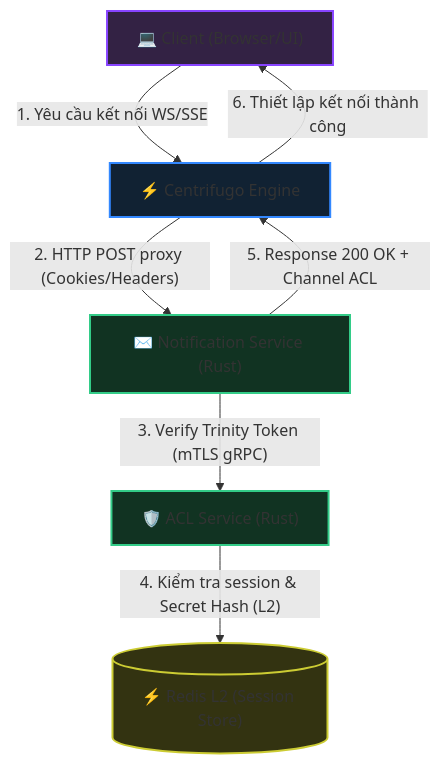
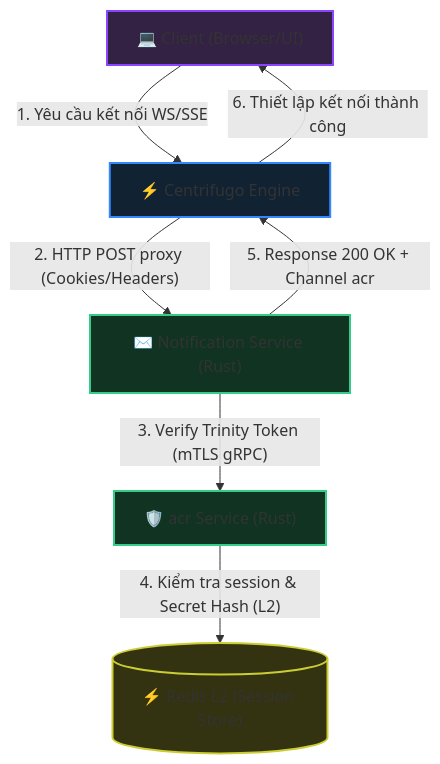
The first of 2 diagrams in god_view/notification/centrifugo_auth_god_view_workflow.md (phucle996/aurora), drawn with Mermaid before and after one commit. The commit also changed other lines of this file and 72 other files, not shown here.

Commit message:
refactor: remove policy engine and modularize session management service

````diff
--- a/god_view/notification/centrifugo_auth_god_view_workflow.md
+++ b/god_view/notification/centrifugo_auth_god_view_workflow.md
@@ -33,20 +33,20 @@
 ```mermaid
 graph TD
     classDef client fill:#332244,stroke:#8844ff,stroke-width:2px;
     classDef gateway fill:#112233,stroke:#3388ff,stroke-width:2px;
     classDef edgeService fill:#113322,stroke:#33cc88,stroke-width:2px;
     classDef storage fill:#333311,stroke:#cccc33,stroke-width:2px;
 
     Client["💻 Client (Browser/UI)"]:::client
     Centrifugo["⚡ Centrifugo Engine"]:::gateway
     Notification["✉️ Notification Service (Rust)"]:::edgeService
-    ACL["🛡️ ACL Service (Rust)"]:::edgeService
+    acr["🛡️ acr Service (Rust)"]:::edgeService
     Redis[("⚡ Redis L2 (Session Store)")]:::storage
 
     Client -- "1. Yêu cầu kết nối WS/SSE" --> Centrifugo
     Centrifugo -- "2. HTTP POST proxy (Cookies/Headers)" --> Notification
-    Notification -- "3. Verify Trinity Token (mTLS gRPC)" --> ACL
-    ACL -- "4. Kiểm tra session & Secret Hash (L2)" --> Redis
-    Notification -- "5. Response 200 OK + Channel ACL" --> Centrifugo
+    Notification -- "3. Verify Trinity Token (mTLS gRPC)" --> acr
+    acr -- "4. Kiểm tra session & Secret Hash (L2)" --> Redis
+    Notification -- "5. Response 200 OK + Channel acr" --> Centrifugo
     Centrifugo -- "6. Thiết lập kết nối thành công" --> Client
 ```
````
